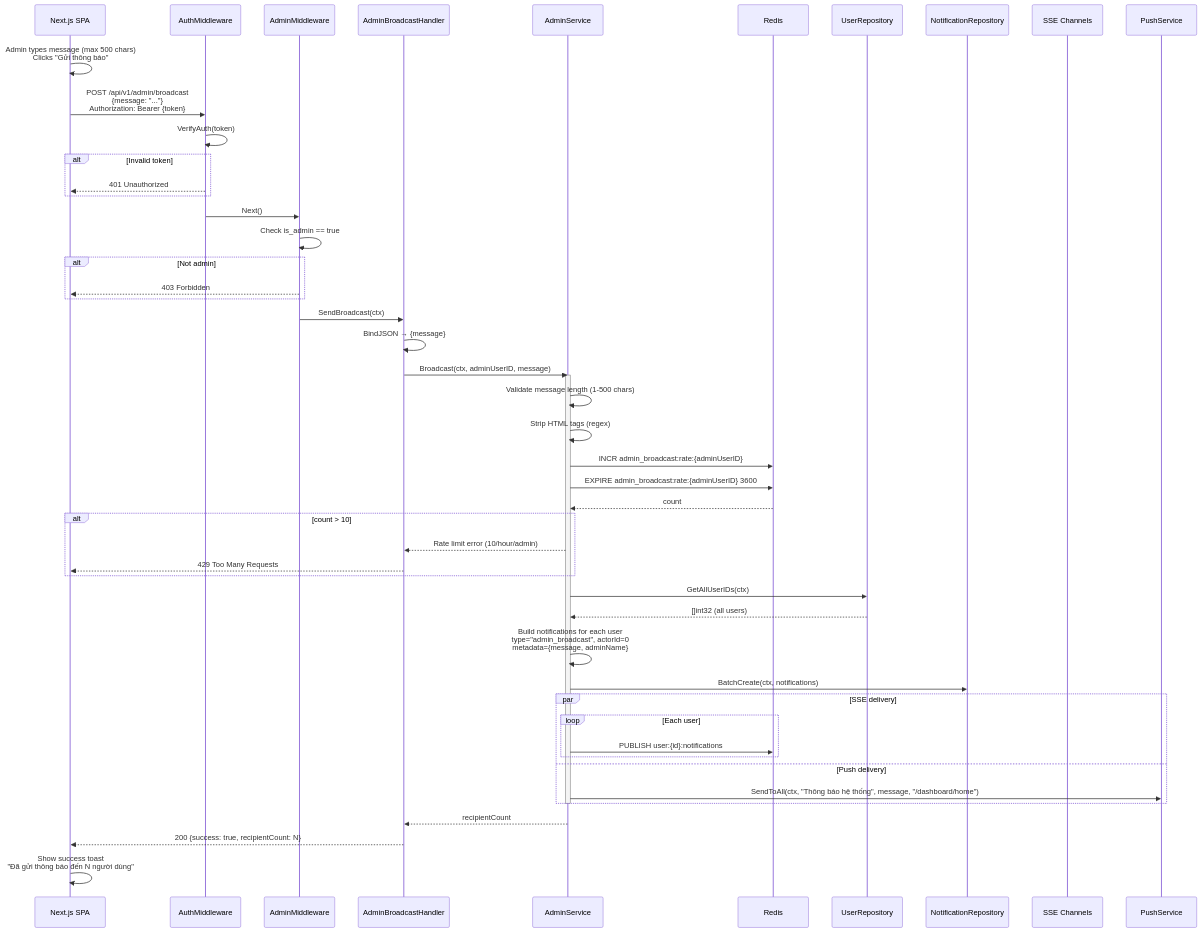
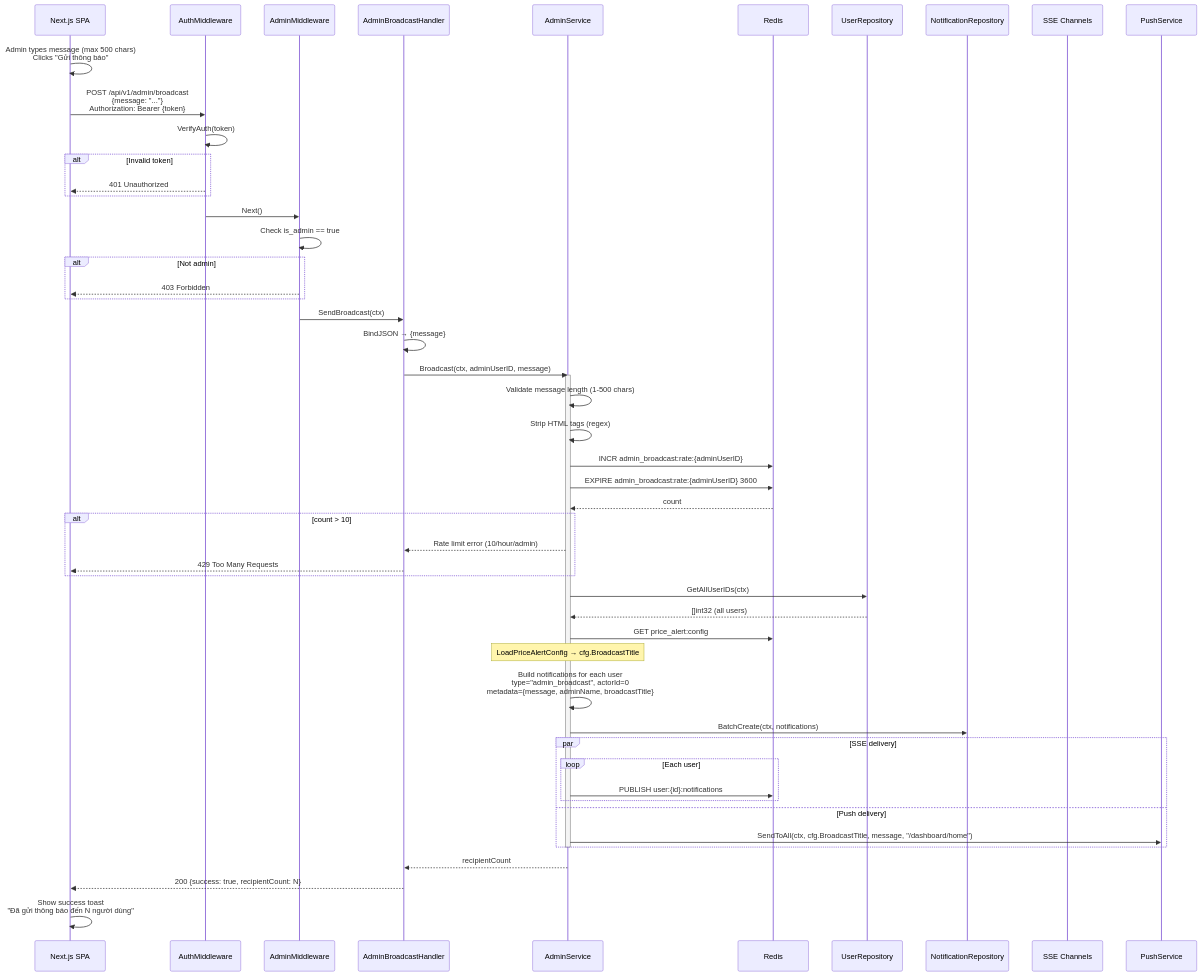
The ninth of 10 diagrams in docs/architecture/flow-cross-cutting.md (khanhnq1406/wealth-journey), drawn with Mermaid before and after one commit. The commit also changed other lines of this file and 3 other files, not shown here.

First line of the commit message:
docs(price-alert-config): update C4 diagrams and runtime flow documentation

````diff
--- a/docs/architecture/flow-cross-cutting.md
+++ b/docs/architecture/flow-cross-cutting.md
@@ -615,66 +633,69 @@
 ```mermaid
 sequenceDiagram
     participant SPA as Next.js SPA
     participant AM as AuthMiddleware
     participant ADM as AdminMiddleware
     participant ABH as AdminBroadcastHandler
     participant AS as AdminService
     participant R as Redis
     participant UR as UserRepository
     participant NR as NotificationRepository
     participant SSE as SSE Channels
     participant PUSH as PushService
 
     SPA->>SPA: Admin types message (max 500 chars)<br/>Clicks "Gửi thông báo"
 
     SPA->>AM: POST /api/v1/admin/broadcast<br/>{message: "..."}<br/>Authorization: Bearer {token}
 
     AM->>AM: VerifyAuth(token)
     alt Invalid token
         AM-->>SPA: 401 Unauthorized
     end
 
     AM->>ADM: Next()
     ADM->>ADM: Check is_admin == true
     alt Not admin
         ADM-->>SPA: 403 Forbidden
     end
 
     ADM->>ABH: SendBroadcast(ctx)
     ABH->>ABH: BindJSON → {message}
     ABH->>AS: Broadcast(ctx, adminUserID, message)
 
     activate AS
     AS->>AS: Validate message length (1-500 chars)
     AS->>AS: Strip HTML tags (regex)
 
     AS->>R: INCR admin_broadcast:rate:{adminUserID}
     AS->>R: EXPIRE admin_broadcast:rate:{adminUserID} 3600
     R-->>AS: count
 
     alt count > 10
         AS-->>ABH: Rate limit error (10/hour/admin)
         ABH-->>SPA: 429 Too Many Requests
     end
 
     AS->>UR: GetAllUserIDs(ctx)
     UR-->>AS: []int32 (all users)
 
-    AS->>AS: Build notifications for each user<br/>type="admin_broadcast", actorId=0<br/>metadata={message, adminName}
+    AS->>R: GET price_alert:config
+    Note over AS: LoadPriceAlertConfig → cfg.BroadcastTitle
+
+    AS->>AS: Build notifications for each user<br/>type="admin_broadcast", actorId=0<br/>metadata={message, adminName, broadcastTitle}
 
     AS->>NR: BatchCreate(ctx, notifications)
 
     par SSE delivery
         loop Each user
             AS->>R: PUBLISH user:{id}:notifications
         end
     and Push delivery
-        AS->>PUSH: SendToAll(ctx, "Thông báo hệ thống", message, "/dashboard/home")
+        AS->>PUSH: SendToAll(ctx, cfg.BroadcastTitle, message, "/dashboard/home")
     end
 
     deactivate AS
     AS-->>ABH: recipientCount
     ABH-->>SPA: 200 {success: true, recipientCount: N}
 
     SPA->>SPA: Show success toast<br/>"Đã gửi thông báo đến N người dùng"
 ```
````
